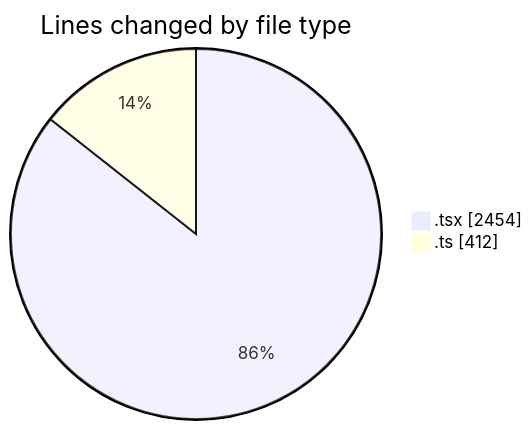
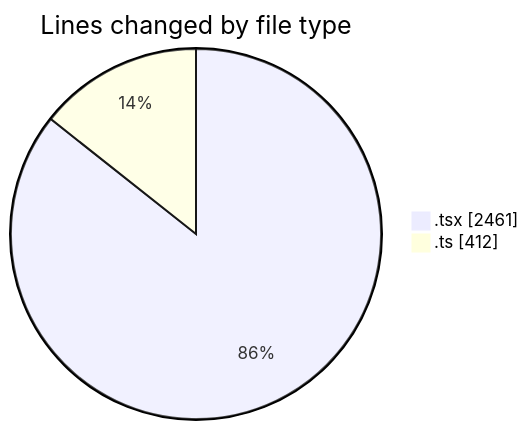
One commit to robertbonfada/code-tracking changed the first of 2 diagrams in 2025-03-17/audiobooks-web/README.md. Above: the diagram before and after it, drawn with Mermaid. The commit also changed other lines of this file and 1 other file, not shown here.

````diff
--- a/2025-03-17/audiobooks-web/README.md
+++ b/2025-03-17/audiobooks-web/README.md
@@ -33,6 +33,6 @@
 ```mermaid
 pie showData
 title Lines changed by file type
-".tsx" : 2454
+".tsx" : 2461
 ".ts" : 412
 ```
````
